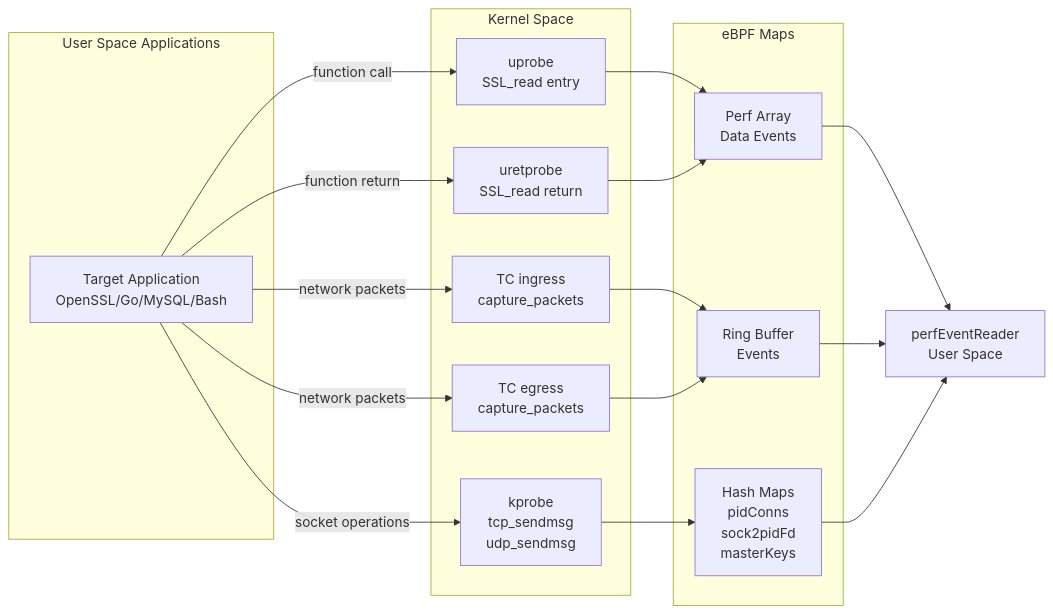
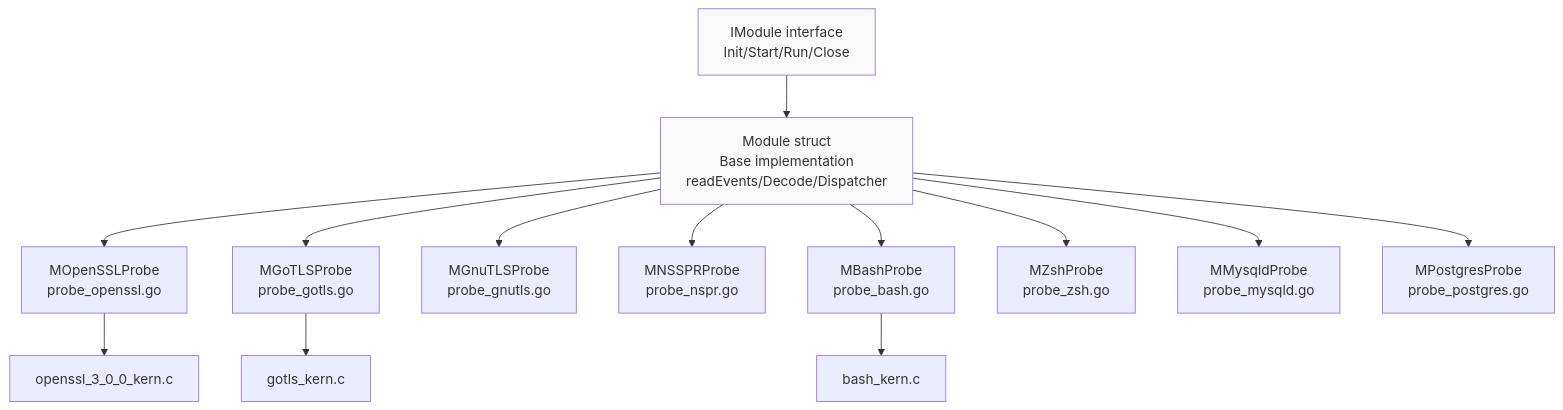
Before and after one commit to gojue/ecapture.cc: the second of 5 diagrams in src/en/1-overview/index.md, drawn with Mermaid. The commit also changed other lines of this file and 115 other files, not shown here.

````diff
--- a/src/en/1-overview/index.md
+++ b/src/en/1-overview/index.md
@@ -170,36 +201,31 @@
 ```mermaid
-graph LR
-    subgraph UserSpace["User Space Applications"]
-        app["Target Application<br/>OpenSSL/Go/MySQL/Bash"]
-    end
+graph TB
+    IModule["IModule interface<br/>Init/Start/Run/Close"]
+    Module["Module struct<br/>Base implementation<br/>readEvents/Decode/Dispatcher"]
     
-    subgraph Kernel["Kernel Space"]
-        uprobe_entry["uprobe<br/>SSL_read entry"]
-        uprobe_ret["uretprobe<br/>SSL_read return"]
-        tc_ingress["TC ingress<br/>capture_packets"]
-        tc_egress["TC egress<br/>capture_packets"]
-        kprobe_hook["kprobe<br/>tcp_sendmsg<br/>udp_sendmsg"]
-    end
+    OpenSSL["MOpenSSLProbe<br/>probe_openssl.go"]
+    GoTLS["MGoTLSProbe<br/>probe_gotls.go"]
+    GnuTLS["MGnuTLSProbe<br/>probe_gnutls.go"]
+    NSS["MNSSPRProbe<br/>probe_nspr.go"]
+    Bash["MBashProbe<br/>probe_bash.go"]
+    Zsh["MZshProbe<br/>probe_zsh.go"]
+    Mysqld["MMysqldProbe<br/>probe_mysqld.go"]
+    Postgres["MPostgresProbe<br/>probe_postgres.go"]
     
-    subgraph Maps["eBPF Maps"]
-        perf["Perf Array<br/>Data Events"]
-        ring["Ring Buffer<br/>Events"]
-        hash["Hash Maps<br/>pidConns<br/>sock2pidFd<br/>masterKeys"]
-    end
+    IModule --> Module
+    Module --> OpenSSL
+    Module --> GoTLS
+    Module --> GnuTLS
+    Module --> NSS
+    Module --> Bash
+    Module --> Zsh
+    Module --> Mysqld
+    Module --> Postgres
     
-    app -->|"function call"| uprobe_entry
-    app -->|"function return"| uprobe_ret
-    app -->|"network packets"| tc_ingress
-    app -->|"network packets"| tc_egress
-    app -->|"socket operations"| kprobe_hook
+    OpenSSL --> ByteOpenSSL["openssl_3_0_0_kern.c"]
+    GoTLS --> ByteGoTLS["gotls_kern.c"]
+    Bash --> ByteBash["bash_kern.c"]
     
-    uprobe_entry --> perf
-    uprobe_ret --> perf
-    tc_ingress --> ring
-    tc_egress --> ring
-    kprobe_hook --> hash
-    
-    perf --> reader["perfEventReader<br/>User Space"]
-    ring --> reader
-    hash --> reader
+    style IModule fill:#f9f9f9
+    style Module fill:#f9f9f9
 ```
````
